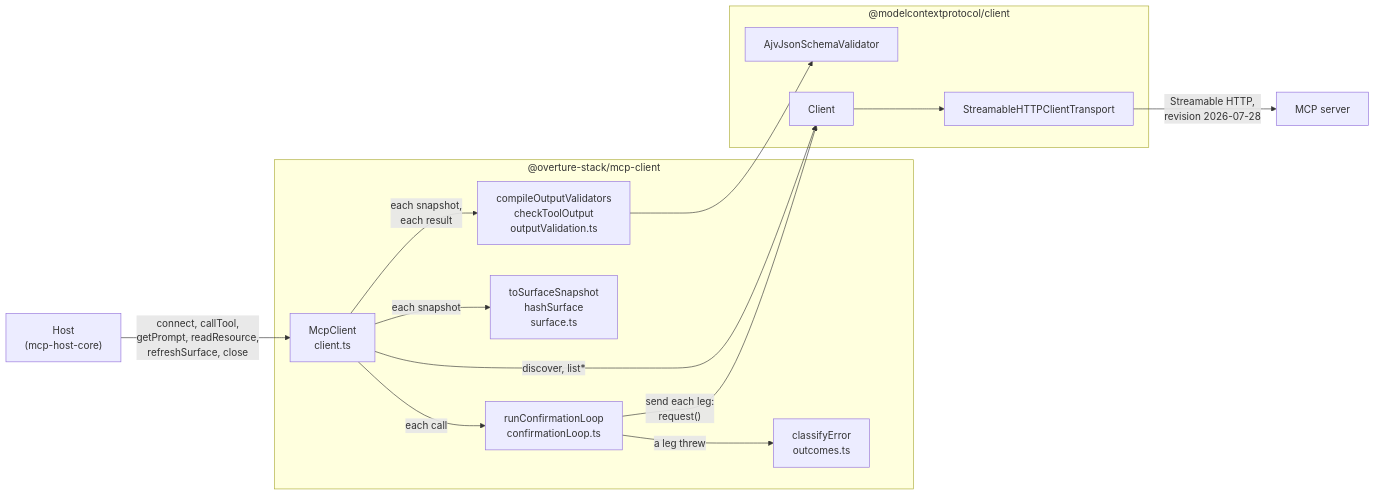
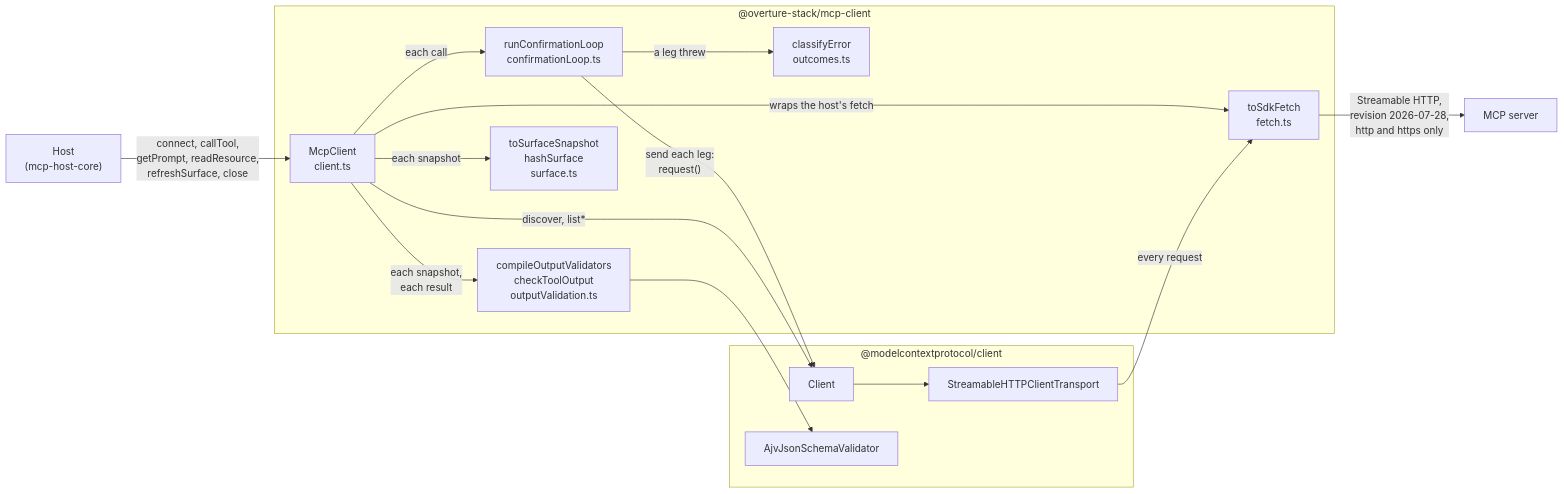
Before and after one commit to oicr-softeng/conversational-research-environment: the first of 9 diagrams in modules/mcp-client/docs/architecture.md, drawn with Mermaid. The commit also changed other lines of this file and 21 other files, not shown here.

````diff
--- a/modules/mcp-client/docs/architecture.md
+++ b/modules/mcp-client/docs/architecture.md
@@ -11,31 +11,34 @@
 ```mermaid
 flowchart LR
     host["Host<br/>(mcp-host-core)"]
 
     subgraph module["@overture-stack/mcp-client"]
         client["McpClient<br/>client.ts"]
+        wrap["toSdkFetch<br/>fetch.ts"]
         loop["runConfirmationLoop<br/>confirmationLoop.ts"]
         classify["classifyError<br/>outcomes.ts"]
         validate["compileOutputValidators<br/>checkToolOutput<br/>outputValidation.ts"]
         surface["toSurfaceSnapshot<br/>hashSurface<br/>surface.ts"]
     end
 
     subgraph sdk["@modelcontextprotocol/client"]
         sdkClient["Client"]
         transport["StreamableHTTPClientTransport"]
         ajv["AjvJsonSchemaValidator"]
     end
 
     server["MCP server"]
 
     host -->|"connect, callTool,<br/>getPrompt, readResource,<br/>refreshSurface, close"| client
     client -->|"each call"| loop
     loop -->|"a leg threw"| classify
     loop -->|"send each leg:<br/>request()"| sdkClient
     client -->|"discover, list*"| sdkClient
     client -->|"each snapshot"| surface
     client -->|"each snapshot,<br/>each result"| validate
     validate --> ajv
     sdkClient --> transport
-    transport -->|"Streamable HTTP,<br/>revision 2026-07-28"| server
+    client -->|"wraps the host's fetch"| wrap
+    transport -->|"every request"| wrap
+    wrap -->|"Streamable HTTP,<br/>revision 2026-07-28,<br/>http and https only"| server
 ```
````
